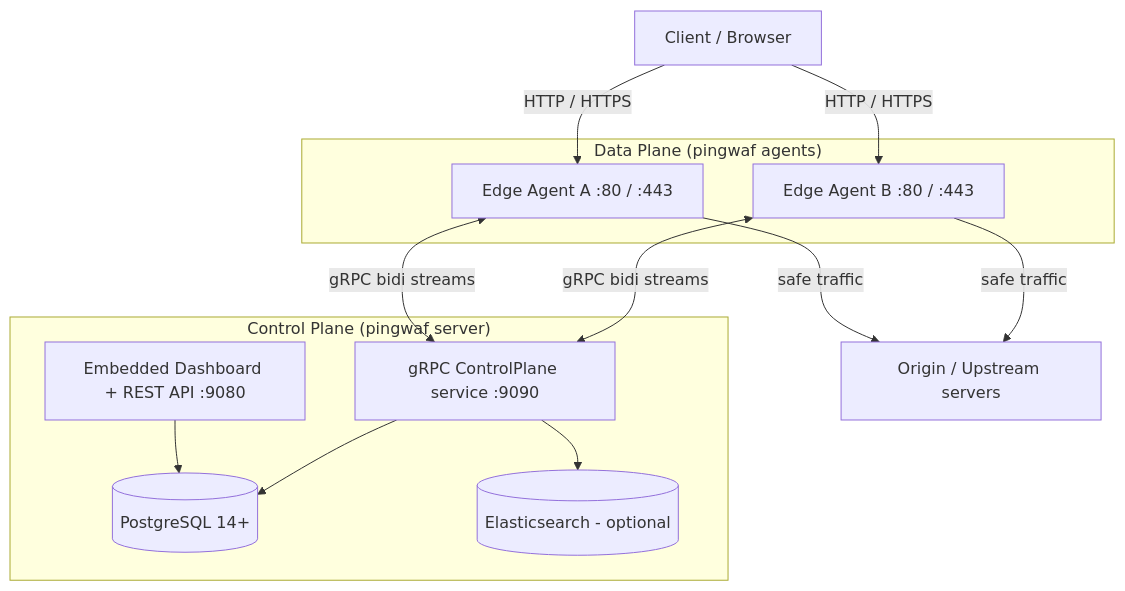
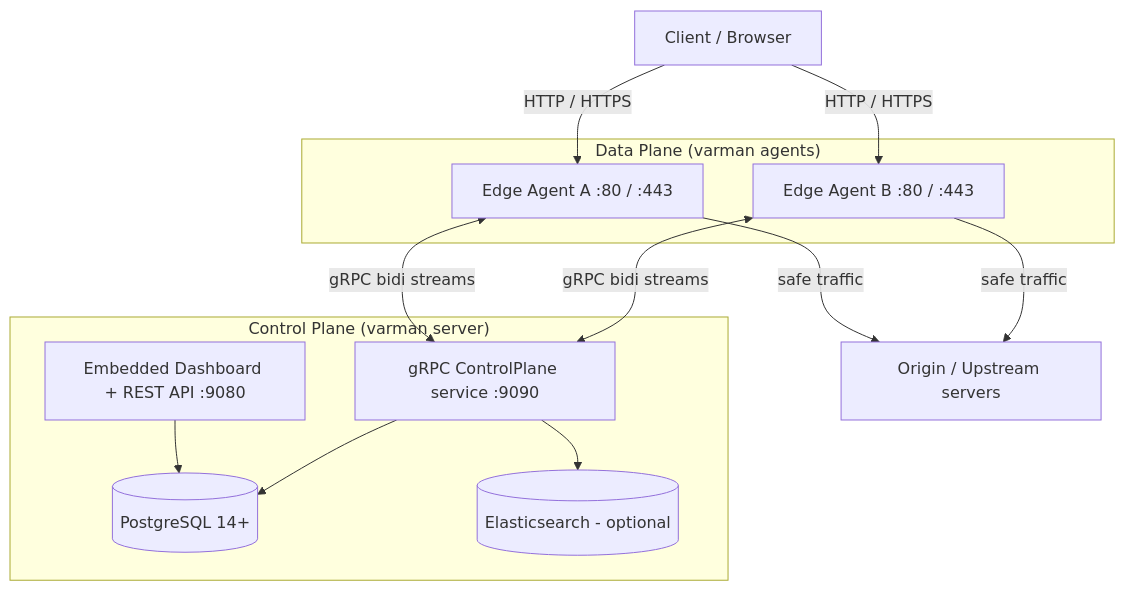
Before and after one commit to channchetra/varmanwaf: the diagram in README.md, drawn with Mermaid. The commit also changed other lines of this file and 21 other files, not shown here.

````diff
--- a/README.md
+++ b/README.md
@@ -39,28 +39,28 @@
 ```mermaid
 graph TB
     Client[Client / Browser]
 
-    subgraph ControlPlane["Control Plane (pingwaf server)"]
+    subgraph ControlPlane["Control Plane (varman server)"]
         Dashboard[Embedded Dashboard + REST API :9080]
         GRPC[gRPC ControlPlane service :9090]
         PG[(PostgreSQL 14+)]
         ES[(Elasticsearch - optional)]
     end
 
-    subgraph DataPlane["Data Plane (pingwaf agents)"]
+    subgraph DataPlane["Data Plane (varman agents)"]
         AgentA[Edge Agent A :80 / :443]
         AgentB[Edge Agent B :80 / :443]
     end
 
     Origin[Origin / Upstream servers]
 
     Client -->|HTTP / HTTPS| AgentA
     Client -->|HTTP / HTTPS| AgentB
     AgentA <-->|gRPC bidi streams| GRPC
     AgentB <-->|gRPC bidi streams| GRPC
     Dashboard --> PG
     GRPC --> PG
     GRPC --> ES
     AgentA -->|safe traffic| Origin
     AgentB -->|safe traffic| Origin
 ```
````
